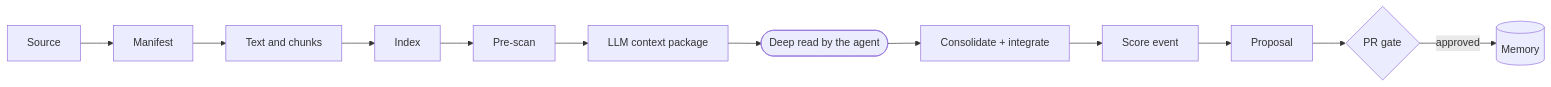
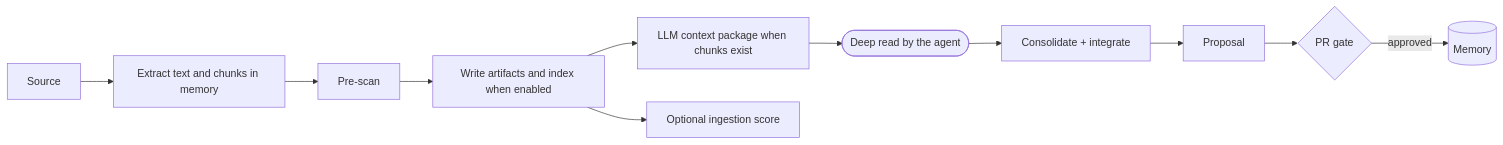
One commit to kimlage/wiki-viva-kit changed the diagram in memories/system/ingestion-process.md. Above: the diagram before and after it, drawn with Mermaid. The commit also changed other lines of this file and 6 other files, not shown here.

````diff
--- a/memories/system/ingestion-process.md
+++ b/memories/system/ingestion-process.md
@@ -45,14 +48,13 @@
 ```mermaid
 flowchart LR
-    Source["Source"] --> Manifest["Manifest"]
-    Manifest --> Chunks["Text and chunks"]
-    Chunks --> Index["Index"]
-    Index --> Prescan["Pre-scan"]
-    Prescan --> Package["LLM context package"]
+    Source["Source"] --> Extract["Extract text and chunks in memory"]
+    Extract --> Prescan["Pre-scan"]
+    Prescan --> Persist["Write artifacts and index when enabled"]
+    Persist --> Package["LLM context package when chunks exist"]
+    Persist --> Score["Optional ingestion score"]
     Package --> DeepRead(["Deep read by the agent"])
     DeepRead --> Integrate["Consolidate + integrate"]
-    Integrate --> Score["Score event"]
-    Score --> Proposal["Proposal"]
+    Integrate --> Proposal["Proposal"]
     Proposal --> Gate{"PR gate"}
     Gate -->|approved| Memory[("Memory")]
 ```
````
